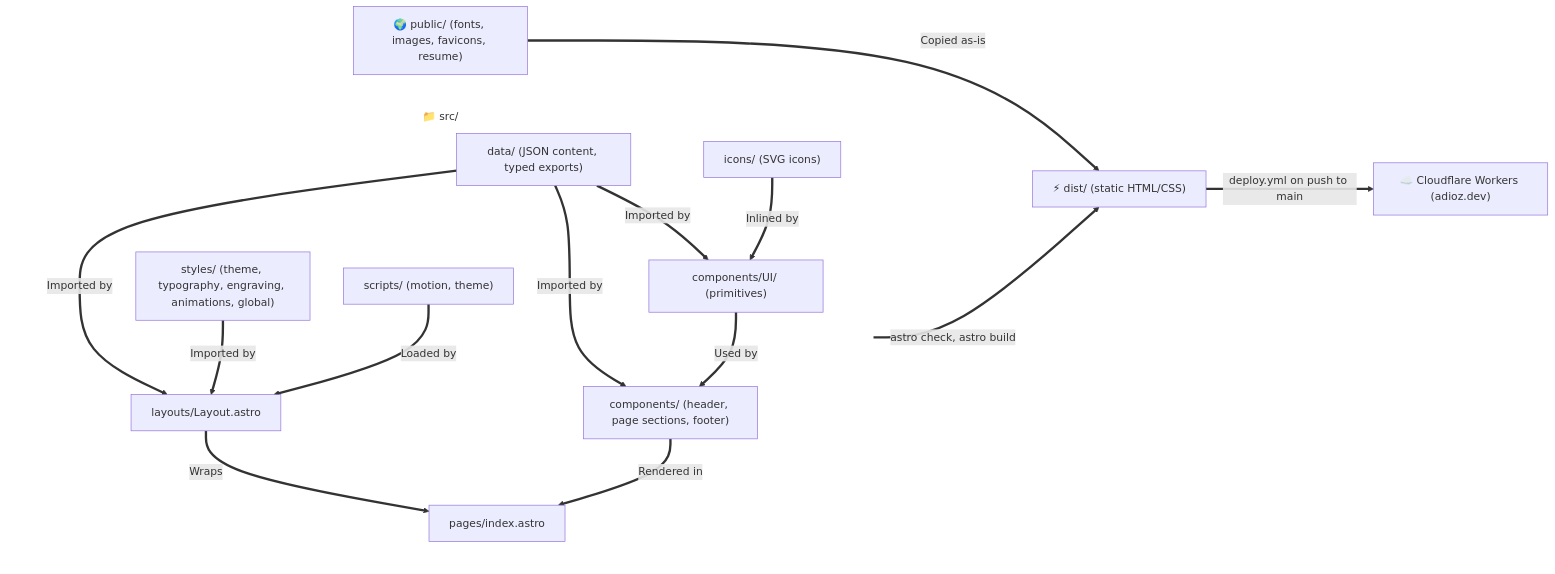
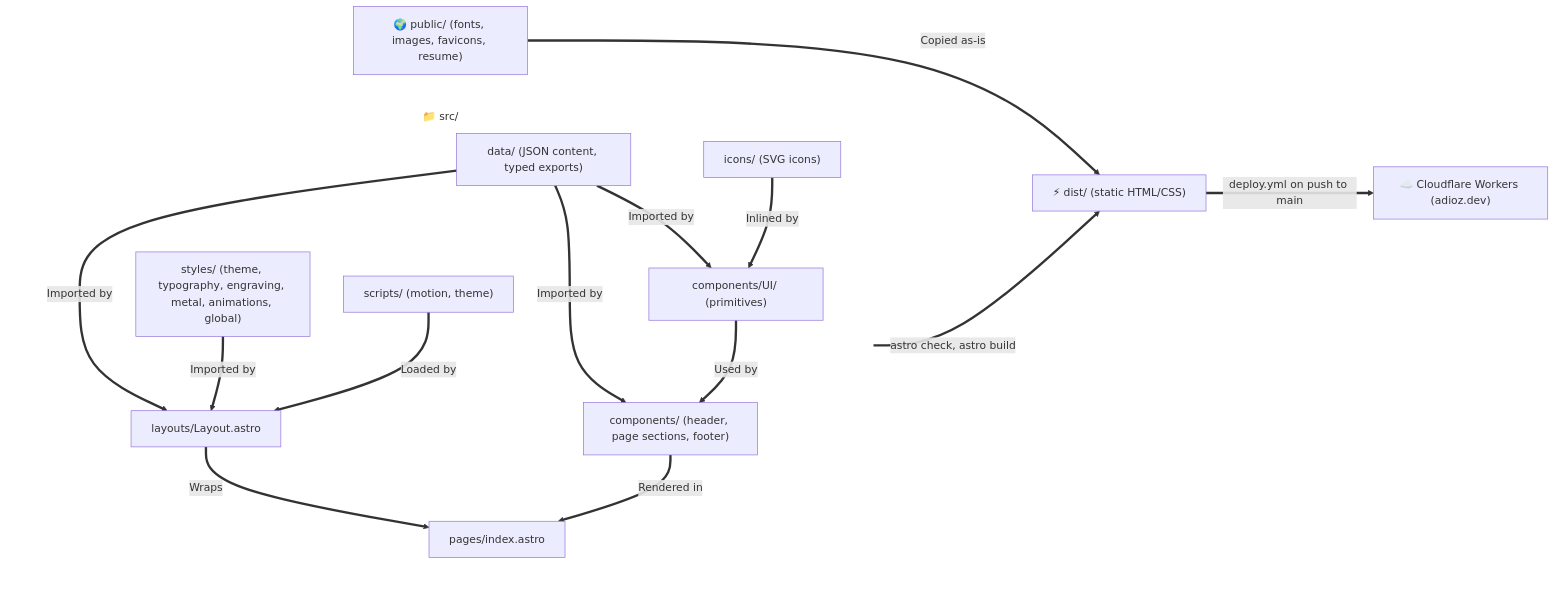
One commit to adiozeshitemi/adioz-profile changed the diagram in docs/architecture.md. Above: the diagram before and after it, drawn with Mermaid. The commit also changed other lines of this file and 9 other files, not shown here.

````diff
--- a/docs/architecture.md
+++ b/docs/architecture.md
@@ -9,33 +9,33 @@
 ```mermaid
 flowchart LR
     %% Define invisible styling for subgraphs to remove backgrounds and borders
     classDef transparent fill:none,stroke:none;
 
     subgraph Src ["📁 src/"]
         direction TB
         Data["data/ (JSON content, typed exports)"]
-        Styles["styles/ (theme, typography, engraving, animations, global)"]
+        Styles["styles/ (theme, typography, engraving, metal, animations, global)"]
         Scripts["scripts/ (motion, theme)"]
         Icons["icons/ (SVG icons)"]
         UI["components/UI/ (primitives)"]
         Sections["components/ (header, page sections, footer)"]
         Layout["layouts/Layout.astro"]
         Page["pages/index.astro"]
     end
 
     Icons ==>|Inlined by| UI
     Data ==>|Imported by| UI
     Data ==>|Imported by| Sections
     UI ==>|Used by| Sections
     Data ==>|Imported by| Layout
     Styles ==>|Imported by| Layout
     Scripts ==>|Loaded by| Layout
     Sections ==>|Rendered in| Page
     Layout ==>|Wraps| Page
     Page ==>|astro check, astro build| Dist["⚡ dist/ (static HTML/CSS)"]
     Public["🌍 public/ (fonts, images, favicons, resume)"] ==>|Copied as-is| Dist
     Dist ==>|deploy.yml on push to main| Workers["☁️ Cloudflare Workers (adioz.dev)"]
 
     %% Apply transparent class to subgraphs
     class Src transparent;
 ```
````
